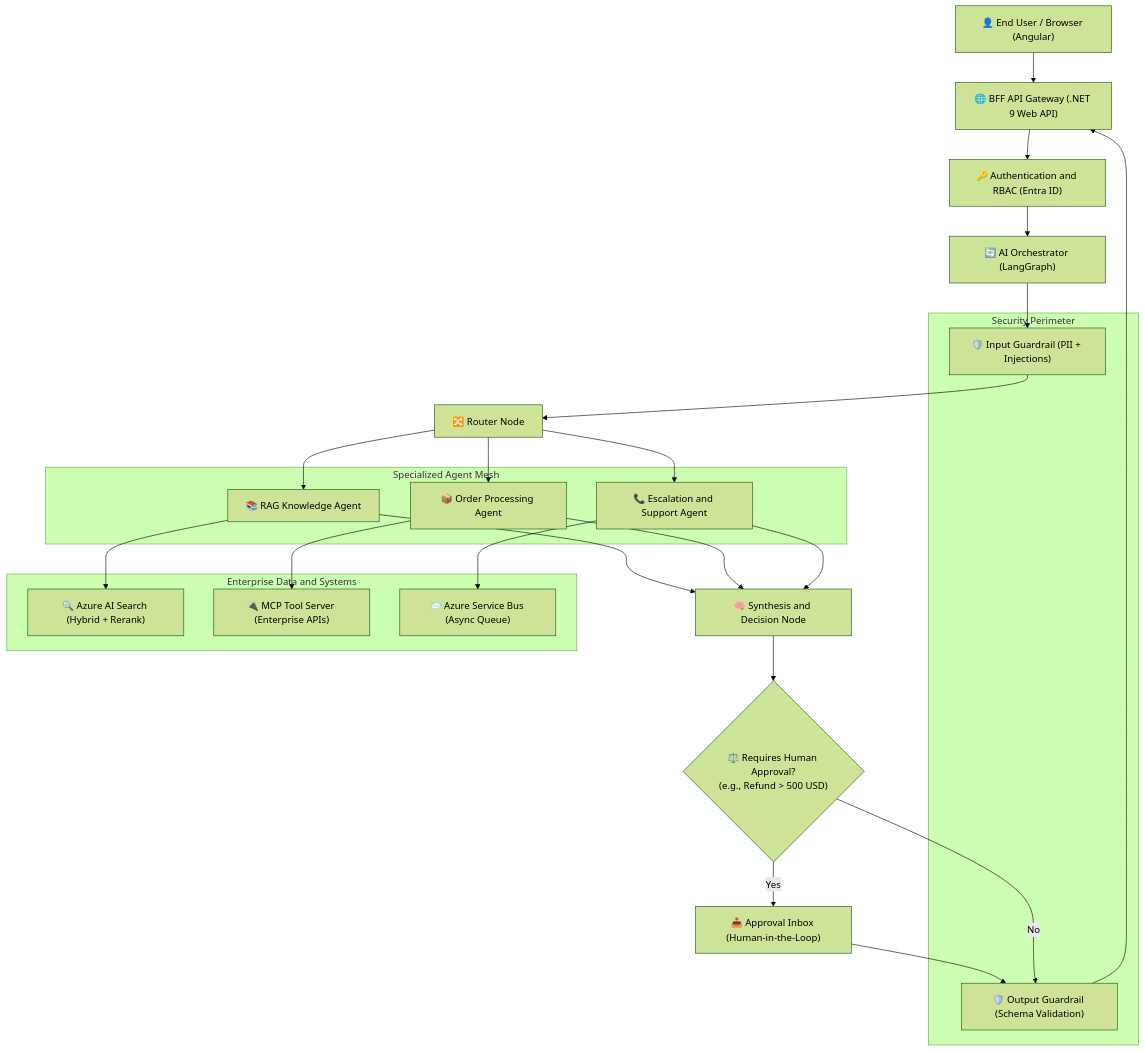
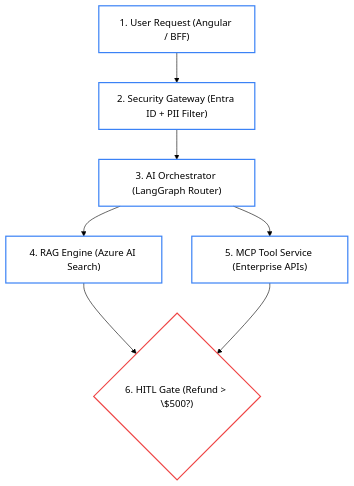
One commit to dip4k/senior-engineer-to-ai-engineer-roadmap changed the diagram in ai-engineering-glossary-by-practice.md. Above: the diagram before and after it, drawn with Mermaid (forest theme). The commit also changed other lines of this file and 49 other files, not shown here.

First line of the commit message:
feat(curriculum): complete 2026 refactoring across roadmaps, use-cases, labs, and agent-forge

````diff
--- a/ai-engineering-glossary-by-practice.md
+++ b/ai-engineering-glossary-by-practice.md
@@ -449,45 +470,20 @@
 ```mermaid
 flowchart TD
-    User["👤 End User / Browser (Angular)"] --> API["🌐 BFF API Gateway (.NET 9 Web API)"]
-    API --> Auth["🔑 Authentication and RBAC (Entra ID)"]
-    Auth --> Orchestrator["🔄 AI Orchestrator (LangGraph)"]
-    
-    subgraph Guardrails["Security Perimeter"]
-        InputGuard["🛡️ Input Guardrail (PII + Injections)"]
-        OutputGuard["🛡️ Output Guardrail (Schema Validation)"]
-    end
-    
-    Orchestrator --> InputGuard
-    InputGuard --> Router["🔀 Router Node"]
-    
-    subgraph AgentMesh["Specialized Agent Mesh"]
-        RAGAgent["📚 RAG Knowledge Agent"]
-        OrderAgent["📦 Order Processing Agent"]
-        EscalationAgent["📞 Escalation and Support Agent"]
-    end
-    
-    Router --> RAGAgent
-    Router --> OrderAgent
-    Router --> EscalationAgent
-    
-    subgraph EnterpriseBackbone["Enterprise Data and Systems"]
-        AzureSearch["🔍 Azure AI Search (Hybrid + Rerank)"]
-        MCPServer["🔌 MCP Tool Server (Enterprise APIs)"]
-        ServiceBus["📨 Azure Service Bus (Async Queue)"]
-    end
-    
-    RAGAgent --> AzureSearch
-    OrderAgent --> MCPServer
-    EscalationAgent --> ServiceBus
-    
-    RAGAgent --> SynthesisNode["🧠 Synthesis and Decision Node"]
-    OrderAgent --> SynthesisNode
-    EscalationAgent --> SynthesisNode
-    
-    SynthesisNode --> HITL{"⚖️ Requires Human Approval?<br/>(e.g., Refund > 500 USD)"}
-    HITL -- Yes --> ApprovalQueue["📥 Approval Inbox (Human-in-the-Loop)"]
-    ApprovalQueue --> OutputGuard
-    HITL -- No --> OutputGuard
-    
-    OutputGuard --> API
+    User["1. User Request (Angular / BFF)"]
+    Gateway["2. Security Gateway (Entra ID + PII Filter)"]
+    Router["3. AI Orchestrator (LangGraph Router)"]
+    RAG["4. RAG Engine (Azure AI Search)"]
+    MCP["5. MCP Tool Service (Enterprise APIs)"]
+    Review{"6. HITL Gate (Refund > \$500?)"}
+
+    User --> Gateway
+    Gateway --> Router
+    Router --> RAG
+    Router --> MCP
+    RAG --> Review
+    MCP --> Review
+
+    classDef default fill:none,stroke:#3b82f6,stroke-width:2px;
+    classDef gate fill:none,stroke:#ef4444,stroke-width:2px;
+    class Review gate;
 ```
````
